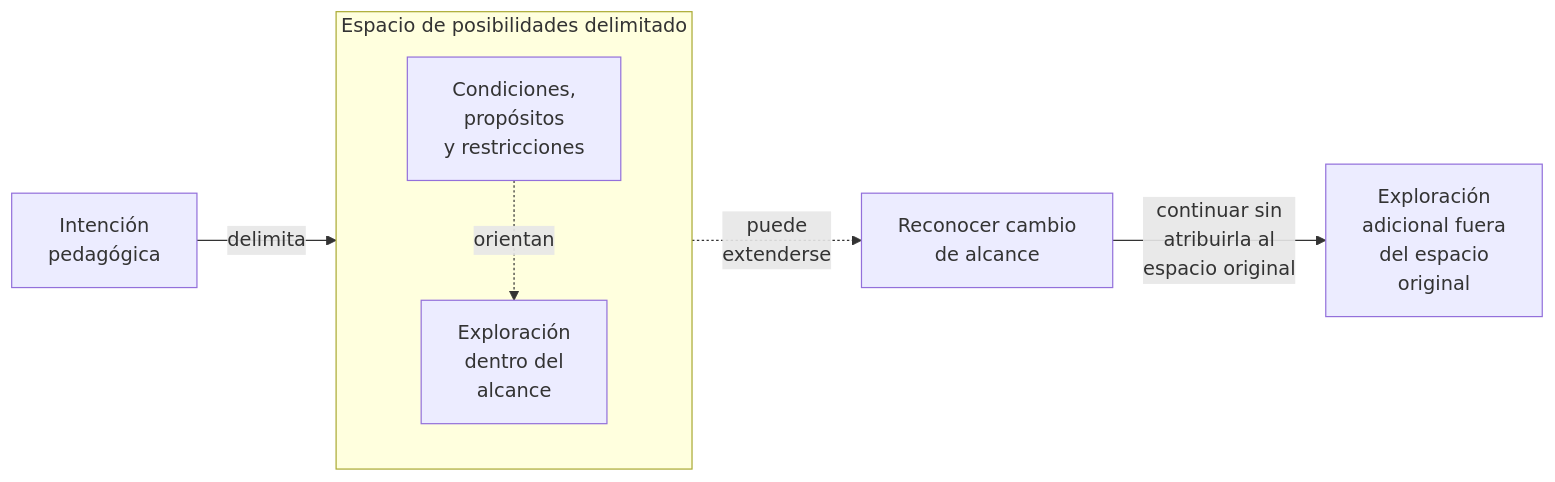
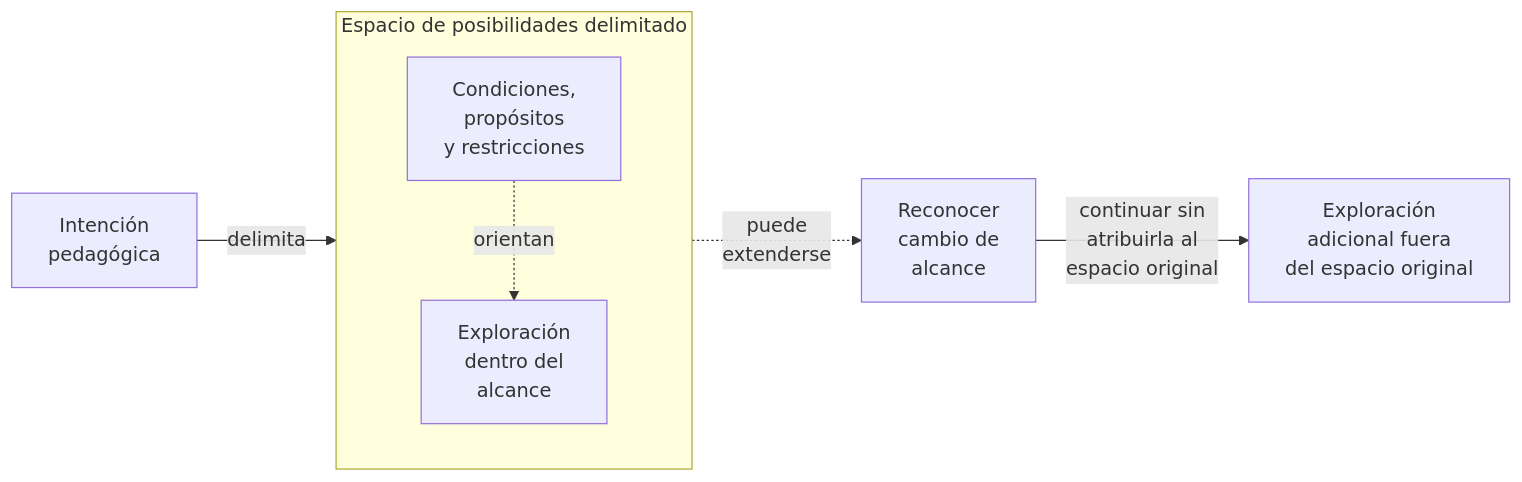
Before and after one commit to the-alive-lab/tdidacta: the diagram in mechanisms/possibility-spaces.md, drawn with Mermaid.

Commit message:
Fix formatting in possibility-spaces.md

````diff
--- a/mechanisms/possibility-spaces.md
+++ b/mechanisms/possibility-spaces.md
@@ -19,16 +19,16 @@
 ```mermaid
 flowchart LR
     I["Intención<br/>pedagógica"]
     subgraph S["Espacio de posibilidades delimitado"]
         direction TB
         D["Condiciones,<br/>propósitos<br/>y restricciones"]
         E["Exploración<br/>dentro del<br/>alcance"]
         D -.->|"orientan"| E
     end
-    X["Reconocer cambio<br/>de alcance"]
-    F["Exploración<br/>adicional fuera<br/>del espacio<br/>original"]
+    X["Reconocer<br/>cambio de<br/>alcance"]
+    F["Exploración<br/>adicional fuera<br/>del espacio original"]
 
     I -->|"delimita"| D
     E -.->|"puede<br/>extenderse"| X
     X -->|"continuar sin<br/>atribuirla al<br/>espacio original"| F
 ```
````
